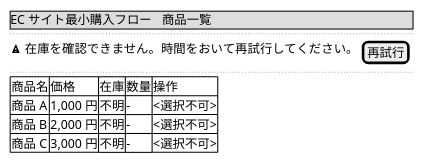
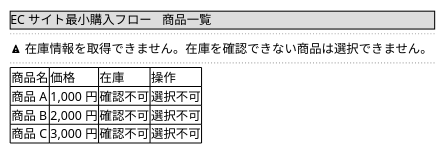
The second of 4 diagrams in examples/02-inception-completed/aidlc/spaces/default/intents/260703-minimum-purchase-flow/inception/refined-mockups/mockups.md (amadeus-dlc/amadeus), drawn with PlantUML before and after one commit. The commit also changed other lines of this file and 160 other files, not shown here.

````diff
--- a/examples/02-inception-completed/aidlc/spaces/default/intents/260703-minimum-purchase-flow/inception/refined-mockups/mockups.md
+++ b/examples/02-inception-completed/aidlc/spaces/default/intents/260703-minimum-purchase-flow/inception/refined-mockups/mockups.md
@@ -32,16 +28,16 @@
 ```plantuml
 @startsalt
 {
   {* EC サイト最小購入フロー | 商品一覧 }
   ..
-  { <&warning> 在庫を確認できません。時間をおいて再試行してください。 | [ 再試行 ] }
+  { <&warning> 在庫情報を取得できません。在庫を確認できない商品は選択できません。 }
   ..
   {#
-    商品名 | 価格 | 在庫 | 数量 | 操作
-    商品 A | 1,000 円 | 不明 | - | <選択不可>
-    商品 B | 2,000 円 | 不明 | - | <選択不可>
-    商品 C | 3,000 円 | 不明 | - | <選択不可>
+    商品名 | 価格 | 在庫 | 操作
+    商品 A | 1,000 円 | 確認不可 | 選択不可
+    商品 B | 2,000 円 | 確認不可 | 選択不可
+    商品 C | 3,000 円 | 確認不可 | 選択不可
   }
 }
 @endsalt
 ```
````
